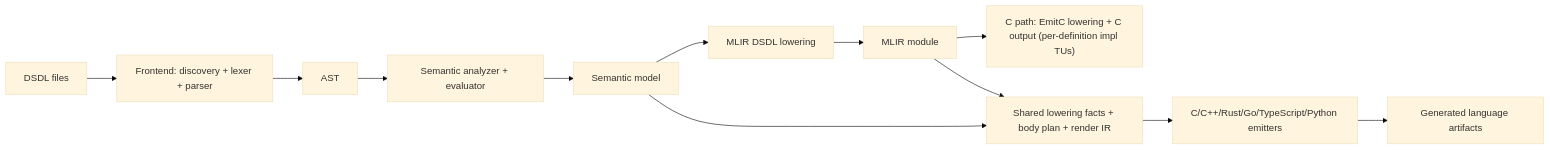
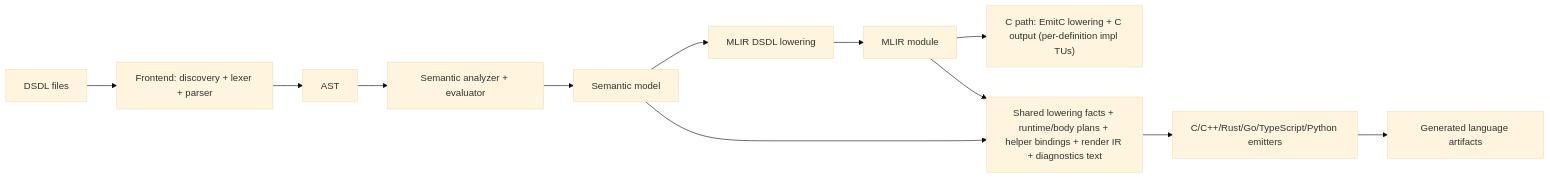
The first of 2 diagrams in DESIGN.md (thirtytwobits/llvm-dsdl), drawn with Mermaid (base theme) before and after one commit. The commit also changed other lines of this file and 44 other files, not shown here.

````diff
--- a/DESIGN.md
+++ b/DESIGN.md
@@ -28,14 +28,14 @@
 ```mermaid
 flowchart LR
   A["DSDL files"] --> B["Frontend: discovery + lexer + parser"]
   B --> C["AST"]
   C --> D["Semantic analyzer + evaluator"]
   D --> E["Semantic model"]
   E --> F["MLIR DSDL lowering"]
   F --> G["MLIR module"]
   G --> H["C path: EmitC lowering + C output (per-definition impl TUs)"]
-  E --> K["Shared lowering facts + body plan + render IR"]
+  E --> K["Shared lowering facts + runtime/body plans + helper bindings + render IR + diagnostics text"]
   G --> K
   K --> I["C/C++/Rust/Go/TypeScript/Python emitters"]
   I --> J["Generated language artifacts"]
 ```
````
